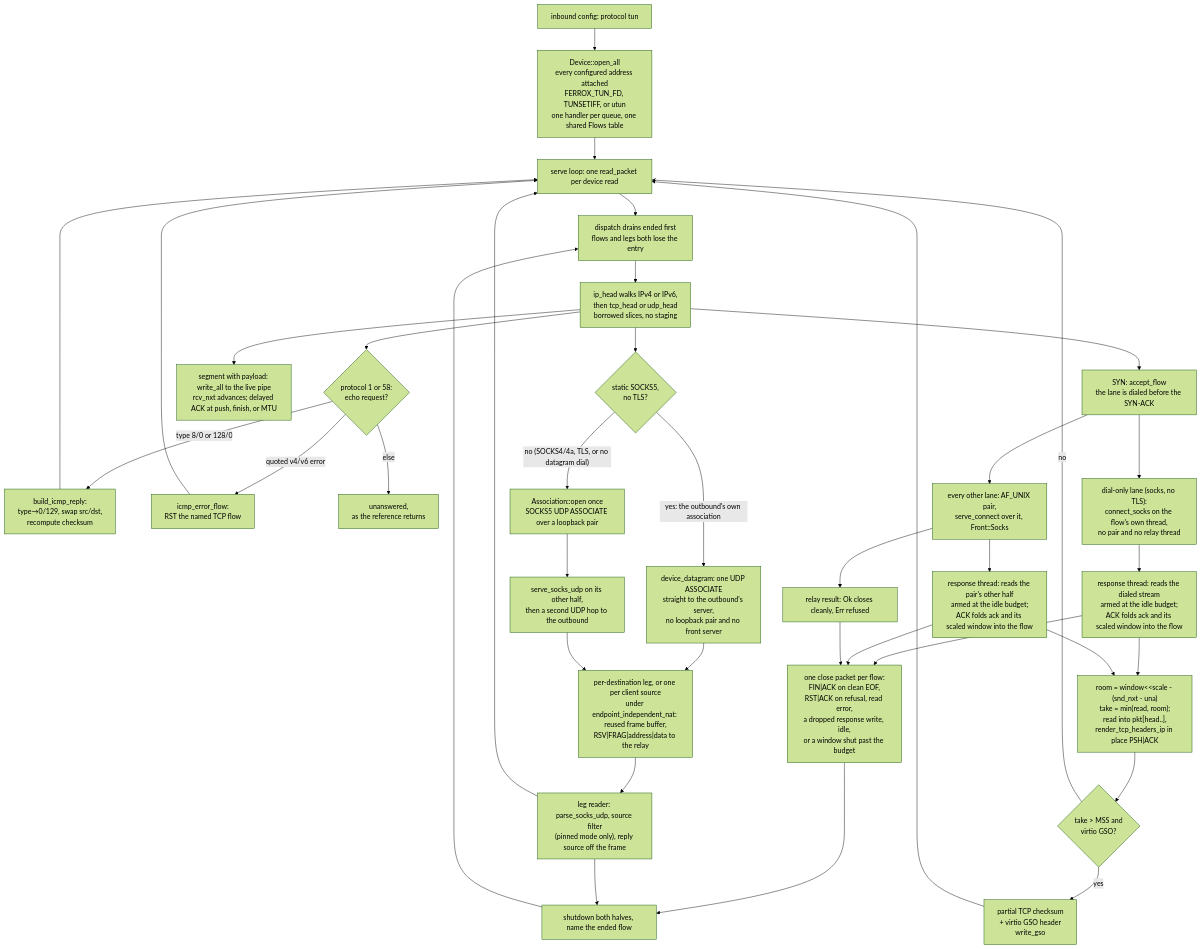
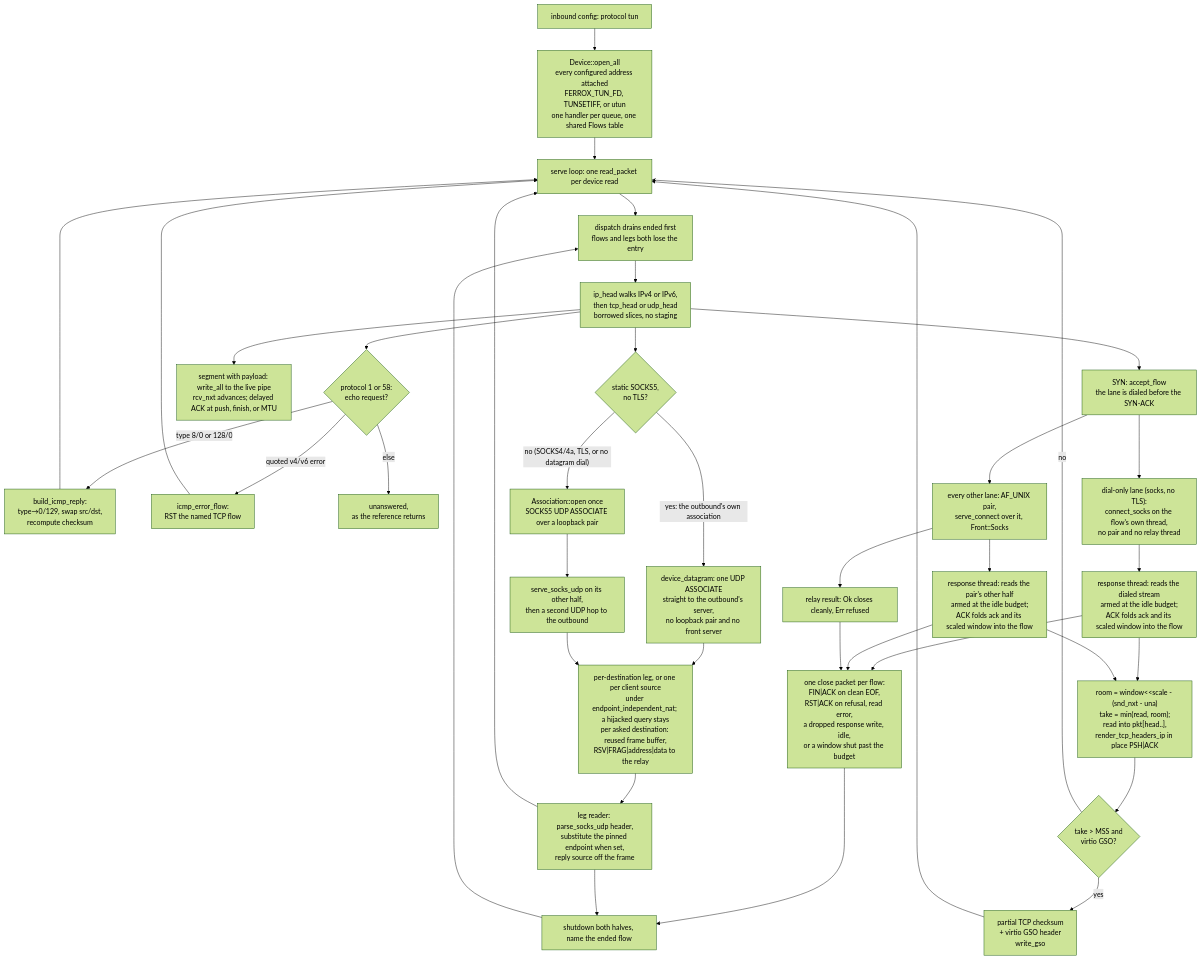
Before and after one commit to ferroxdev/ferrox-2: the diagram in docs/function/front-tun.md, drawn with Mermaid (forest theme). The commit also changed other lines of this file and 32 other files, not shown here.

````diff
--- a/docs/function/front-tun.md
+++ b/docs/function/front-tun.md
@@ -17,40 +34,40 @@
 ```mermaid
 graph TD
     A["inbound config: protocol tun"] --> B["Device::open_all<br/>every configured address attached<br/>FERROX_TUN_FD, TUNSETIFF, or utun<br/>one handler per queue, one shared Flows table"]
     B --> C["serve loop: one read_packet per device read"]
     C --> O["dispatch drains ended first<br/>flows and legs both lose the entry"]
     O --> D["ip_head walks IPv4 or IPv6,<br/>then tcp_head or udp_head<br/>borrowed slices, no staging"]
     D --> IC{"protocol 1 or 58:<br/>echo request?"}
     IC -- "type 8/0 or 128/0" --> ICa["build_icmp_reply:<br/>type→0/129, swap src/dst,<br/>recompute checksum"]
     ICa --> C
     IC -- "quoted v4/v6 error" --> ICe["icmp_error_flow:<br/>RST the named TCP flow"]
     ICe --> C
     IC -- "else" --> ICx["unanswered,<br/>as the reference returns"]
     D --> E["SYN: accept_flow<br/>the lane is dialed before the SYN-ACK"]
     E --> FD["dial-only lane (socks, no TLS):<br/>connect_socks on the flow's own thread,<br/>no pair and no relay thread"]
     E --> F["every other lane: AF_UNIX pair,<br/>serve_connect over it, Front::Socks"]
     D --> G["segment with payload: write_all to the live pipe<br/>rcv_nxt advances; delayed ACK at push, finish, or MTU"]
     FD --> HD["response thread: reads the dialed stream<br/>armed at the idle budget;<br/>ACK folds ack and its scaled window into the flow"]
     F --> HP["response thread: reads the pair's other half<br/>armed at the idle budget;<br/>ACK folds ack and its scaled window into the flow"]
     F --> HC["relay result: Ok closes cleanly, Err refused"]
     HD --> I["room = window&lt;&lt;scale - (snd_nxt - una)<br/>take = min(read, room);<br/>read into pkt[head..],<br/>render_tcp_headers_ip in place PSH|ACK"]
     HP --> I
     I --> IG{"take > MSS and<br/>virtio GSO?"}
     IG -- "yes" --> IGa["partial TCP checksum<br/>+ virtio GSO header<br/>write_gso"]
     IG -- "no" --> C
     IGa --> C
     HD --> HF["one close packet per flow:<br/>FIN|ACK on clean EOF,<br/>RST|ACK on refusal, read error,<br/>a dropped response write, idle,<br/>or a window shut past the budget"]
     HP --> HF
     HC --> HF
     D --> JD{"static SOCKS5,<br/>no TLS?"}
     JD -- "yes: the outbound's own association" --> KD["device_datagram: one UDP ASSOCIATE<br/>straight to the outbound's server,<br/>no loopback pair and no front server"]
     JD -- "no (SOCKS4/4a, TLS, or no datagram dial)" --> JA["Association::open once<br/>SOCKS5 UDP ASSOCIATE over a loopback pair"]
     JA --> KA["serve_socks_udp on its other half,<br/>then a second UDP hop to the outbound"]
-    KD --> L["per-destination leg, or one per client source<br/>under endpoint_independent_nat: reused frame buffer,<br/>RSV|FRAG|address|data to the relay"]
+    KD --> L["per-destination leg, or one per client source<br/>under endpoint_independent_nat; a hijacked query stays<br/>per asked destination: reused frame buffer,<br/>RSV|FRAG|address|data to the relay"]
     KA --> L
-    L --> M["leg reader: parse_socks_udp, source filter<br/>(pinned mode only), reply source off the frame"]
+    L --> M["leg reader: parse_socks_udp header,<br/>substitute the pinned endpoint when set,<br/>reply source off the frame"]
     M --> C
     HF --> N["shutdown both halves, name the ended flow"]
     M --> N
     N --> O
 ```
````
